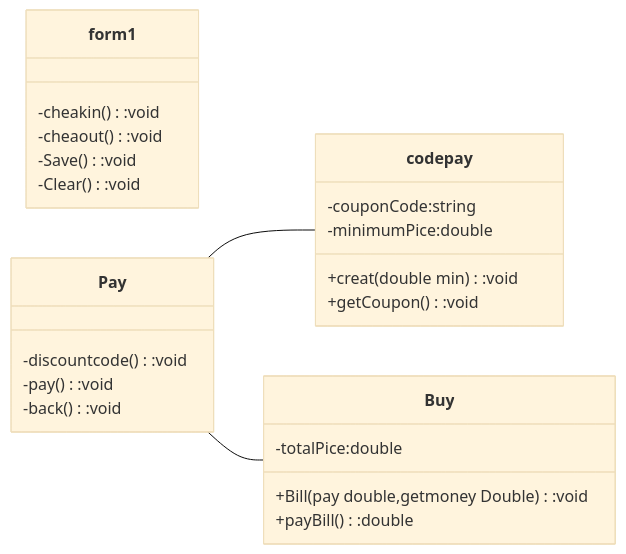
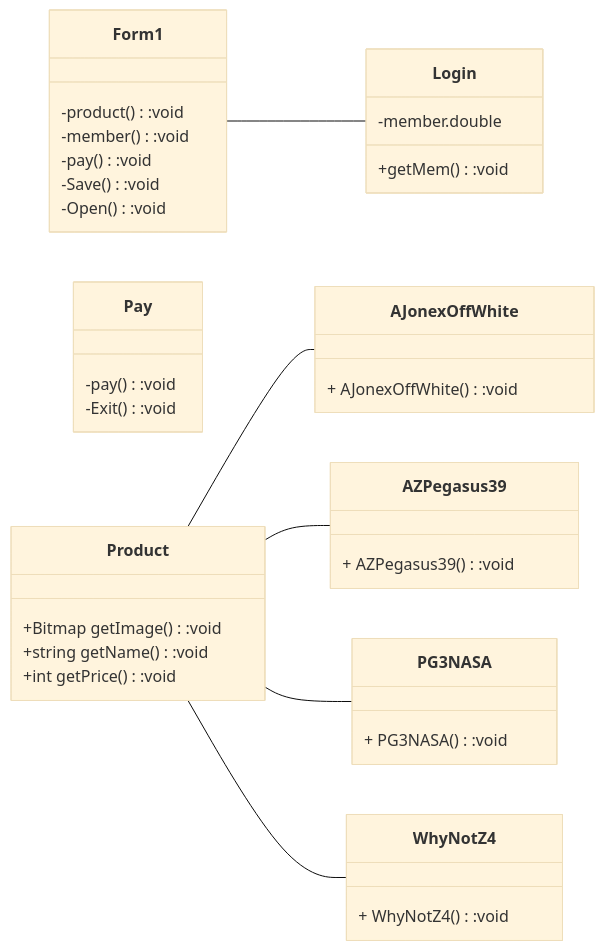
The diagram in README.md (Worachit1/Sneaker-Shop), drawn with Mermaid (base theme) before and after one commit.

````diff
--- a/README.md
+++ b/README.md
@@ -1,28 +1,41 @@
 ```mermaid
 classDiagram
  direction LR
- class form1{
- -cheakin():void
- -cheaout():void
+ class Form1{
+ -product():void
+ -member():void
+ -pay():void
  -Save():void
- -Clear():void
+ -Open():void
 }
  class Pay{
- -discountcode():void
  -pay():void
- -back():void
+ -Exit():void
  }
- class codepay{
- -couponCode:string
- -minimumPice:double
- +creat(double min):void
- +getCoupon():void
+ class Login{
+ -member.double
+ +getMem():void
  }
- class Buy{
- -totalPice:double
- +Bill(pay double,getmoney Double):void
- +payBill():double
+ class Product{
+ +Bitmap getImage():void
+ +string getName():void
+ +int getPrice():void
   }
-  Pay -- codepay
-  Pay -- Buy
+  class AJonexOffWhite{
+  + AJonexOffWhite():void
+  }
+  class AZPegasus39{
+  + AZPegasus39():void
+  }
+  class PG3NASA{
+  + PG3NASA():void
+  }
+  class WhyNotZ4{
+  + WhyNotZ4():void
+  }
+  Form1 -- Login
+  Product -- AJonexOffWhite
+  Product -- AZPegasus39
+  Product -- PG3NASA
+  Product -- WhyNotZ4
   ```
````
